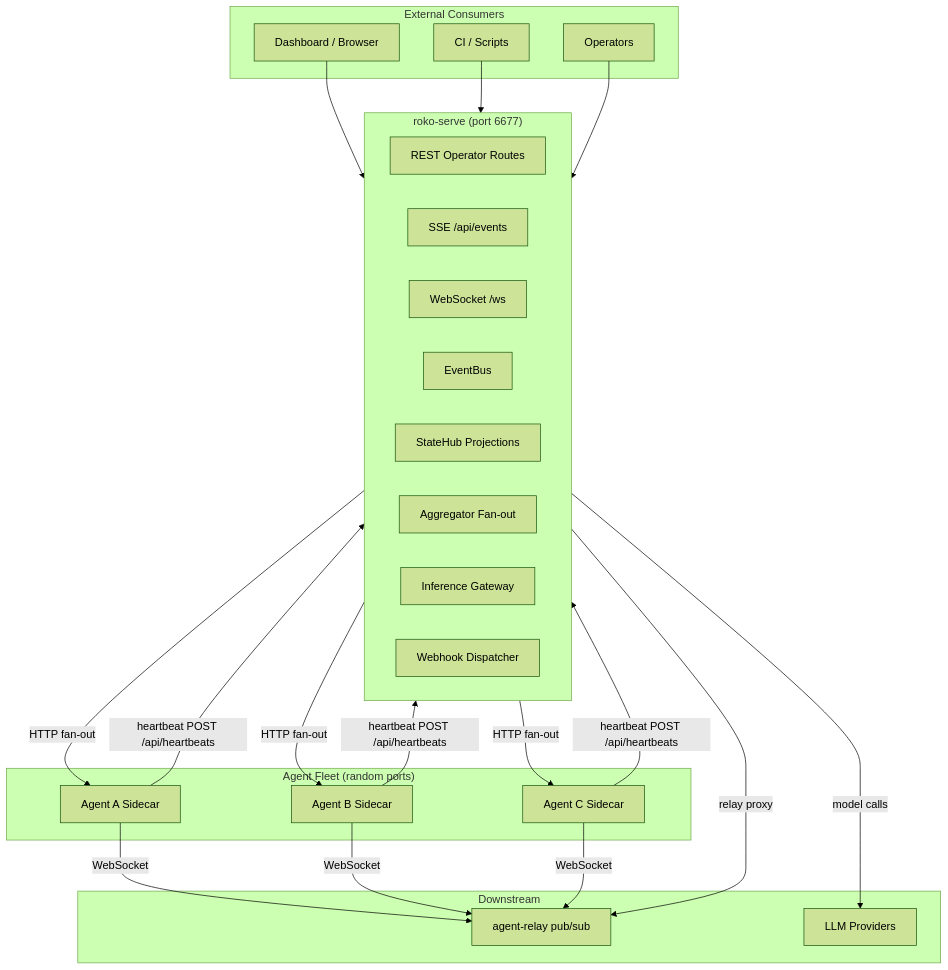
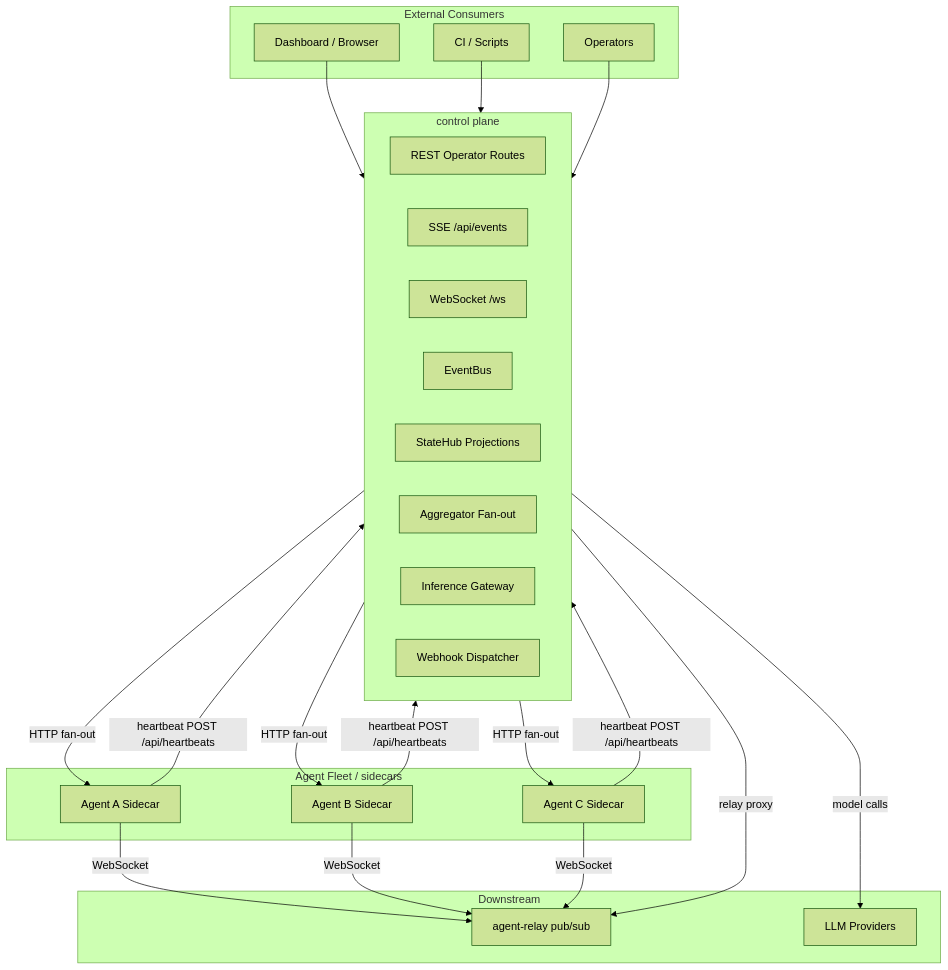
The first of 6 diagrams in tmp/ecosystem/control-plane.md (wpank/ironclaw), drawn with Mermaid (forest theme) before and after one commit. The commit also changed other lines of this file and 121 other files, not shown here.

````diff
--- a/tmp/ecosystem/control-plane.md
+++ b/tmp/ecosystem/control-plane.md
@@ -58,37 +58,37 @@
 ```mermaid
 graph TB
     subgraph External["External Consumers"]
         D[Dashboard / Browser]
         CI[CI / Scripts]
         OP[Operators]
     end
 
-    subgraph CP["roko-serve (port 6677)"]
+    subgraph CP["control plane"]
         R[REST Operator Routes]
         SSE[SSE /api/events]
         WS[WebSocket /ws]
         EB[EventBus<ServerEvent>]
         SH[StateHub Projections]
         Agg[Aggregator Fan-out]
         GW[Inference Gateway]
         Disp[Webhook Dispatcher]
     end
 
-    subgraph Agents["Agent Fleet (random ports)"]
+    subgraph Agents["Agent Fleet / sidecars"]
         A1[Agent A Sidecar]
         A2[Agent B Sidecar]
         A3[Agent C Sidecar]
     end
 
     subgraph Infra["Downstream"]
         Relay[agent-relay pub/sub]
         LLM[LLM Providers]
     end
 
     D & CI & OP --> CP
     CP -->|HTTP fan-out| A1 & A2 & A3
     A1 & A2 & A3 -->|heartbeat POST /api/heartbeats| CP
     A1 & A2 & A3 -->|WebSocket| Relay
     CP -->|relay proxy| Relay
     CP -->|model calls| LLM
 ```
````
